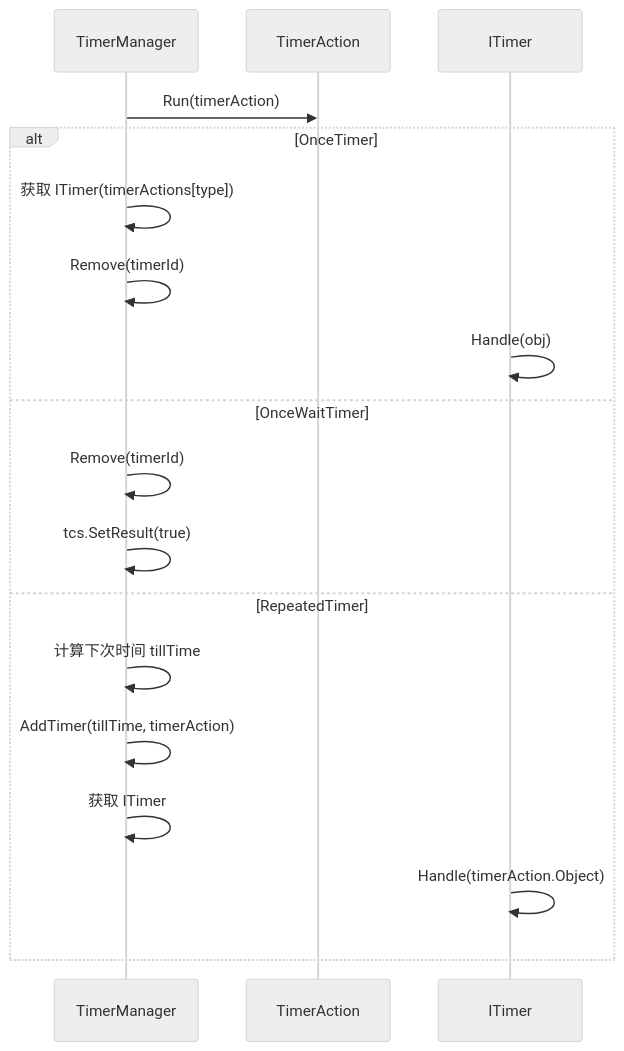
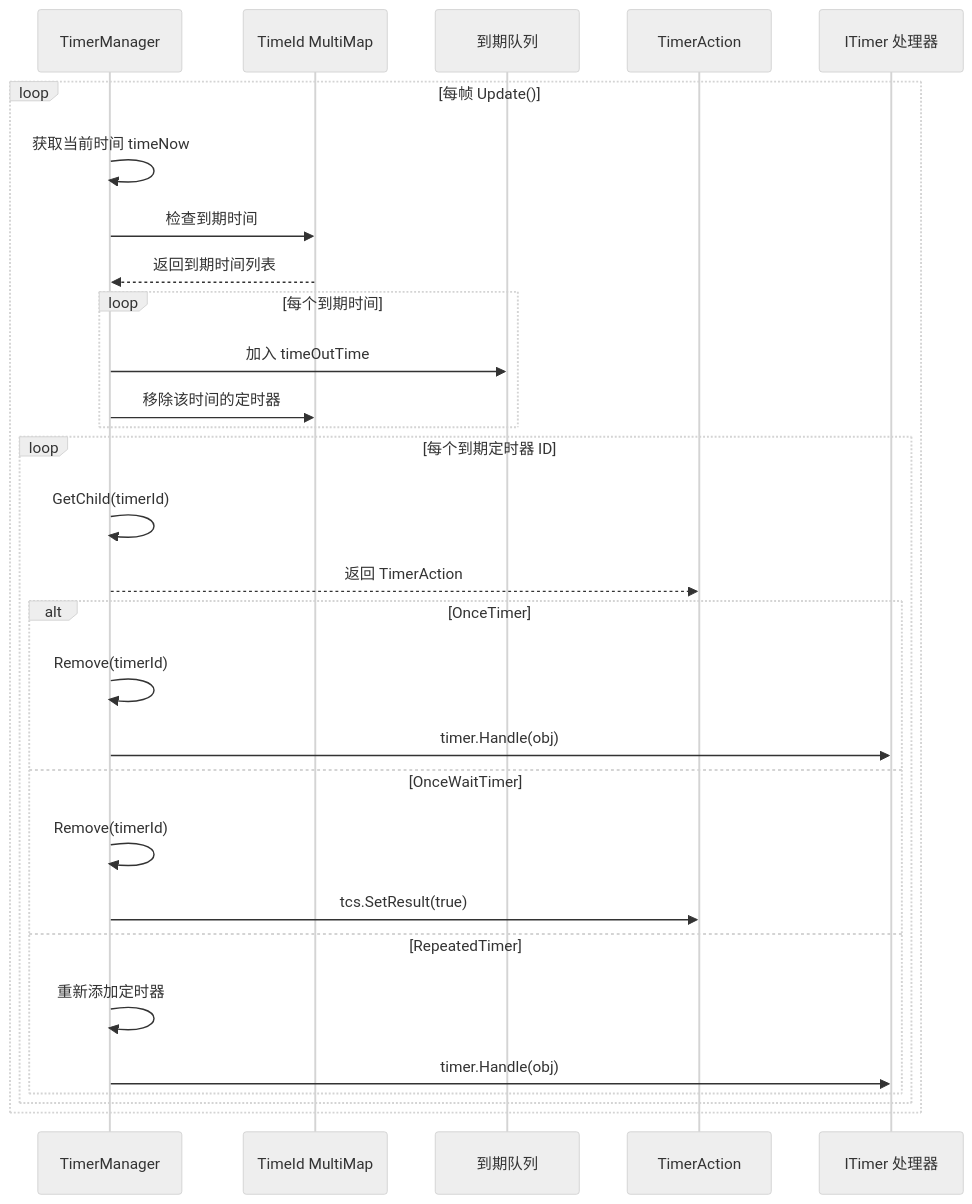
One commit to acsta/Container changed the diagram in Assets/Scripts/Mono/Module/Timer/TimerManager.cs.md. Above: the diagram before and after it, drawn with Mermaid (neutral theme). The commit also changed other lines of this file and 2 other files, not shown here.

Commit message:
docs: 完成第 2 批 3 个文档 (Timer 模块)

````diff
--- a/Assets/Scripts/Mono/Module/Timer/TimerManager.cs.md
+++ b/Assets/Scripts/Mono/Module/Timer/TimerManager.cs.md
@@ -377,22 +206,35 @@
 ```mermaid
 sequenceDiagram
     participant TM as TimerManager
+    participant TimeId as TimeId MultiMap
+    participant Queue as 到期队列
     participant TA as TimerAction
-    participant IT as ITimer
-    
-    TM->>TA: Run(timerAction)
-    
-    alt OnceTimer
-        TM->>TM: 获取 ITimer(timerActions[type])
-        TM->>TM: Remove(timerId)
-        IT->>IT: Handle(obj)
-    else OnceWaitTimer
-        TM->>TM: Remove(timerId)
-        TM->>TM: tcs.SetResult(true)
-    else RepeatedTimer
-        TM->>TM: 计算下次时间 tillTime
-        TM->>TM: AddTimer(tillTime, timerAction)
-        TM->>TM: 获取 ITimer
-        IT->>IT: Handle(timerAction.Object)
+    participant Handler as ITimer 处理器
+
+    loop 每帧 Update()
+        TM->>TM: 获取当前时间 timeNow
+        TM->>TimeId: 检查到期时间
+        TimeId-->>TM: 返回到期时间列表
+        
+        loop 每个到期时间
+            TM->>Queue: 加入 timeOutTime
+            TM->>TimeId: 移除该时间的定时器
+        end
+        
+        loop 每个到期定时器 ID
+            TM->>TM: GetChild(timerId)
+            TM-->>TA: 返回 TimerAction
+            
+            alt OnceTimer
+                TM->>TM: Remove(timerId)
+                TM->>Handler: timer.Handle(obj)
+            else OnceWaitTimer
+                TM->>TM: Remove(timerId)
+                TM->>TA: tcs.SetResult(true)
+            else RepeatedTimer
+                TM->>TM: 重新添加定时器
+                TM->>Handler: timer.Handle(obj)
+            end
+        end
     end
 ```
````
